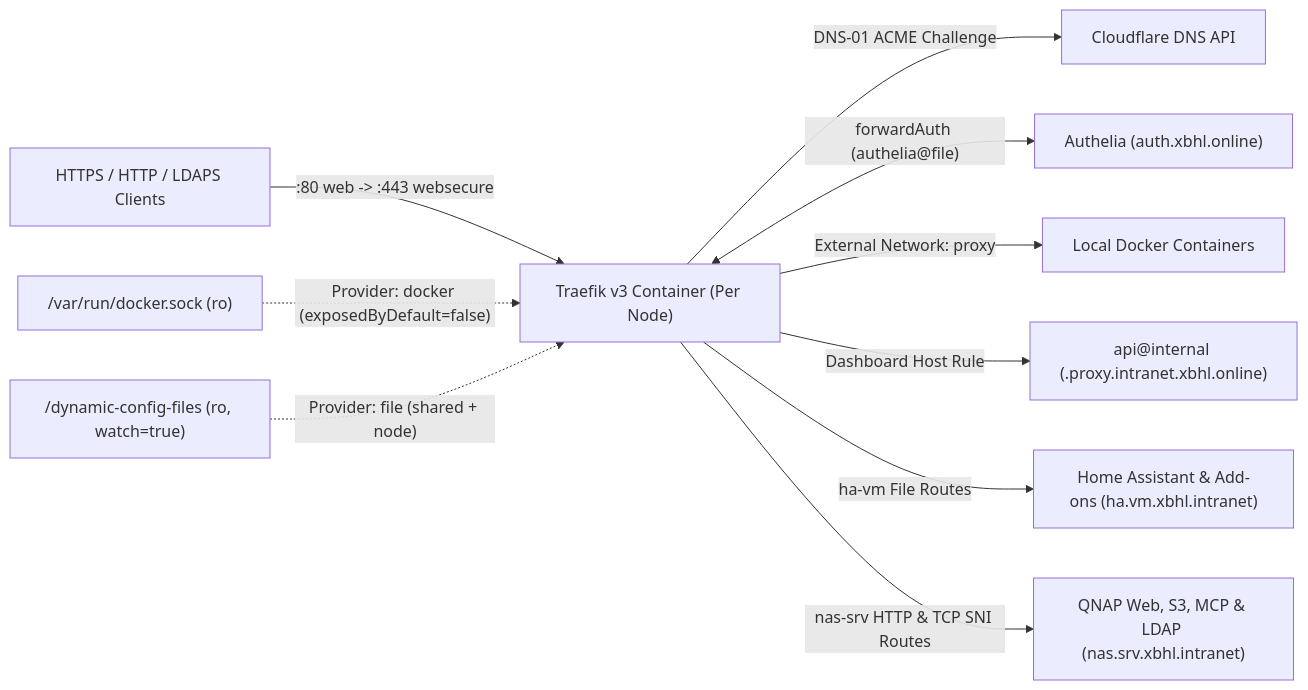
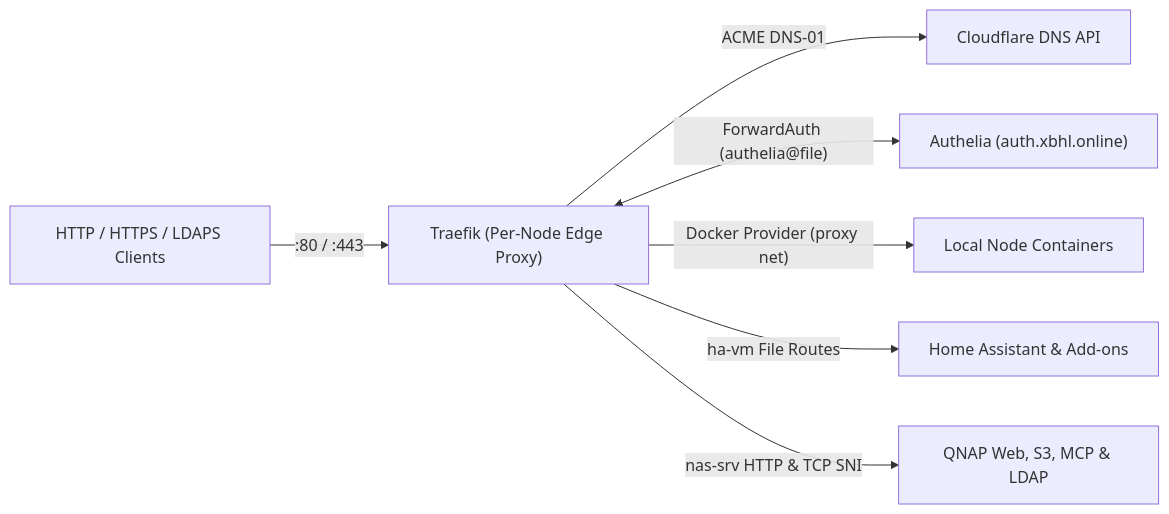
Before and after one commit to lbarczynski-home-lab/traefik: the diagram in README.md, drawn with Mermaid. The commit also changed other lines of this file, not shown here.

Commit message:
docs(traefik): slim README to focus on architecture and decisions

````diff
--- a/README.md
+++ b/README.md
@@ -21,12 +19,9 @@
 ```mermaid
 flowchart LR
-    Client["HTTPS / HTTP / LDAPS Clients"] -->|":80 web -> :443 websecure"| Traefik["Traefik v3 Container (Per Node)"]
-    Traefik -->|"DNS-01 ACME Challenge"| Cloudflare["Cloudflare DNS API"]
-    Traefik <-->|"forwardAuth (authelia@file)"| Authelia["Authelia (auth.xbhl.online)"]
-    DockerSock["/var/run/docker.sock (ro)"] -.->|"Provider: docker (exposedByDefault=false)"| Traefik
-    DynFiles["/dynamic-config-files (ro, watch=true)"] -.->|"Provider: file (shared + node)"| Traefik
-    Traefik -->|"External Network: proxy"| Containers["Local Docker Containers"]
-    Traefik -->|"Dashboard Host Rule"| ApiInternal["api@internal (<node>.proxy.intranet.xbhl.online)"]
-    Traefik -->|"ha-vm File Routes"| HaHost["Home Assistant & Add-ons (ha.vm.xbhl.intranet)"]
-    Traefik -->|"nas-srv HTTP & TCP SNI Routes"| NasHost["QNAP Web, S3, MCP & LDAP (nas.srv.xbhl.intranet)"]
+    Client["HTTP / HTTPS / LDAPS Clients"] -->|":80 / :443"| Traefik["Traefik (Per-Node Edge Proxy)"]
+    Traefik -->|"ACME DNS-01"| Cloudflare["Cloudflare DNS API"]
+    Traefik <-->|"ForwardAuth (authelia@file)"| Authelia["Authelia (auth.xbhl.online)"]
+    Traefik -->|"Docker Provider (proxy net)"| Containers["Local Node Containers"]
+    Traefik -->|"ha-vm File Routes"| HaServices["Home Assistant & Add-ons"]
+    Traefik -->|"nas-srv HTTP & TCP SNI"| NasServices["QNAP Web, S3, MCP & LDAP"]
 ```
````
